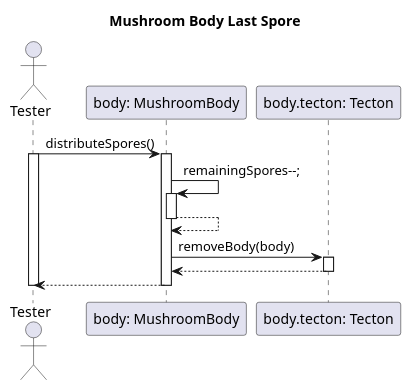
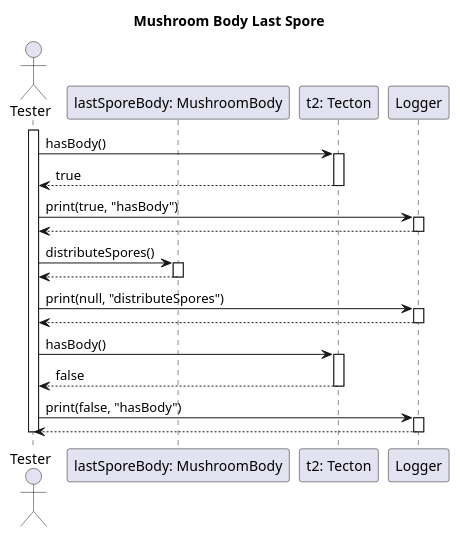
Before and after one commit to dzsem/projlab: the diagram in diagrams/test-sequence/mushroom/mushroomBodyLastSpore.wsd, drawn with PlantUML.

Commit message:
Fixed mushroom Last spore

```diff
--- a/diagrams/test-sequence/mushroom/mushroomBodyLastSpore.wsd
+++ b/diagrams/test-sequence/mushroom/mushroomBodyLastSpore.wsd
@@ -1,28 +1,46 @@
 @startuml Mushroom Body Last Spore
 
 title Mushroom Body Last Spore
 
 actor "Tester" as tester
-participant "body: MushroomBody" as body
-participant "body.tecton: Tecton" as tecton
+participant "lastSporeBody: MushroomBody" as lsmb
+participant "t2: Tecton" as t2
+participant "Logger" as logger
 
-tester -> body: distributeSpores()
 activate tester
-activate body
 
-body -> body: remainingSpores--;
-activate body
-body--> body
-deactivate body 
+tester -> t2: hasBody()
+activate t2
+t2 --> tester: true
+deactivate t2
 
-body -> tecton: removeBody(body)
-activate tecton
-tecton --> body
-deactivate tecton
+tester -> logger: print(true, "hasBody")
+activate logger
+logger --> tester
+deactivate logger 
+
+tester -> lsmb: distributeSpores()
+activate lsmb
+lsmb --> tester
+deactivate lsmb
+
+tester -> logger: print(null, "distributeSpores")
+activate logger
+logger --> tester
+deactivate logger 
+
+tester -> t2: hasBody()
+activate t2
+t2 --> tester: false
+deactivate t2
+
+tester -> logger: print(false, "hasBody")
+activate logger
+logger --> tester
+deactivate logger 
 
 
-body --> tester
-deactivate body
+
 deactivate tester
 
 @enduml
```
